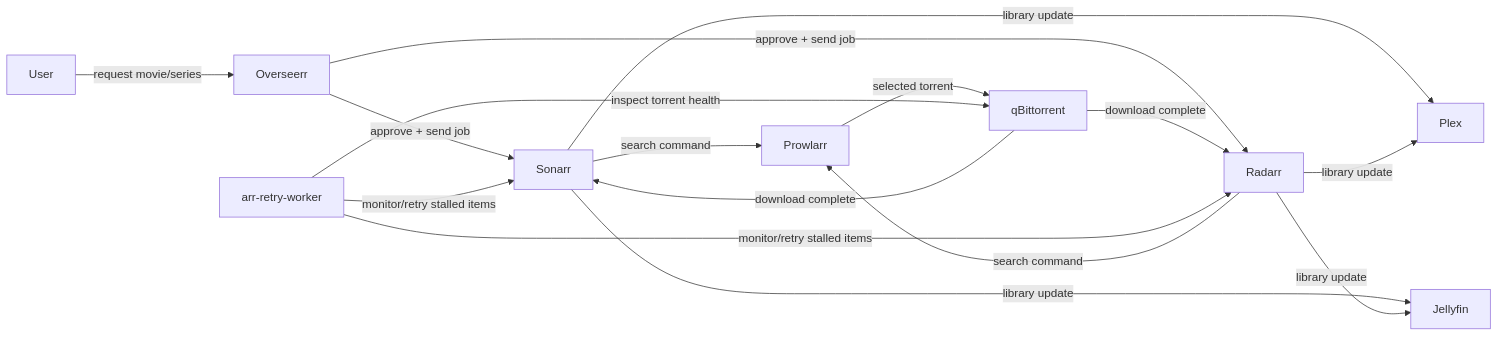
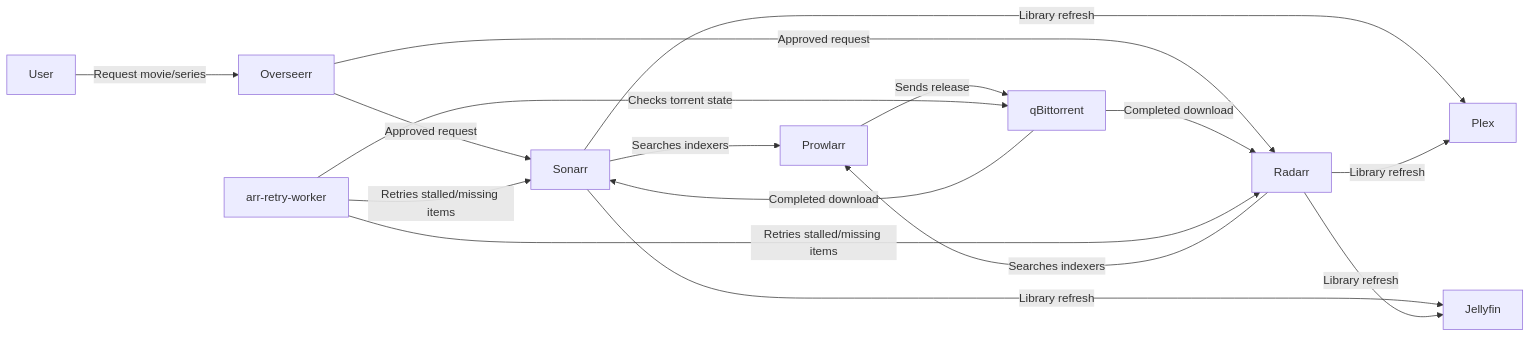
One commit to jon-robbins/homelab changed the second of 2 diagrams in README.md. Above: the diagram before and after it, drawn with Mermaid. The commit also changed other lines of this file and 76 other files, not shown here.

````diff
--- a/README.md
+++ b/README.md
@@ -248,28 +251,28 @@
 ```mermaid
 flowchart LR
     user[User]
     overseerr[Overseerr]
     sonarr[Sonarr]
     radarr[Radarr]
     prowlarr[Prowlarr]
     qbit[qBittorrent]
     plex[Plex]
     jellyfin[Jellyfin]
     arrretry[arr-retry-worker]
 
-    user -->|request movie/series| overseerr
-    overseerr -->|approve + send job| sonarr
-    overseerr -->|approve + send job| radarr
-    sonarr -->|search command| prowlarr
-    radarr -->|search command| prowlarr
-    prowlarr -->|selected torrent| qbit
-    qbit -->|download complete| sonarr
-    qbit -->|download complete| radarr
-    sonarr -->|library update| plex
-    sonarr -->|library update| jellyfin
-    radarr -->|library update| plex
-    radarr -->|library update| jellyfin
-    arrretry -->|monitor/retry stalled items| sonarr
-    arrretry -->|monitor/retry stalled items| radarr
-    arrretry -->|inspect torrent health| qbit
+    user -->|Request movie/series| overseerr
+    overseerr -->|Approved request| sonarr
+    overseerr -->|Approved request| radarr
+    sonarr -->|Searches indexers| prowlarr
+    radarr -->|Searches indexers| prowlarr
+    prowlarr -->|Sends release| qbit
+    qbit -->|Completed download| sonarr
+    qbit -->|Completed download| radarr
+    sonarr -->|Library refresh| plex
+    sonarr -->|Library refresh| jellyfin
+    radarr -->|Library refresh| plex
+    radarr -->|Library refresh| jellyfin
+    arrretry -->|Retries stalled/missing items| sonarr
+    arrretry -->|Retries stalled/missing items| radarr
+    arrretry -->|Checks torrent state| qbit
 ```
````
